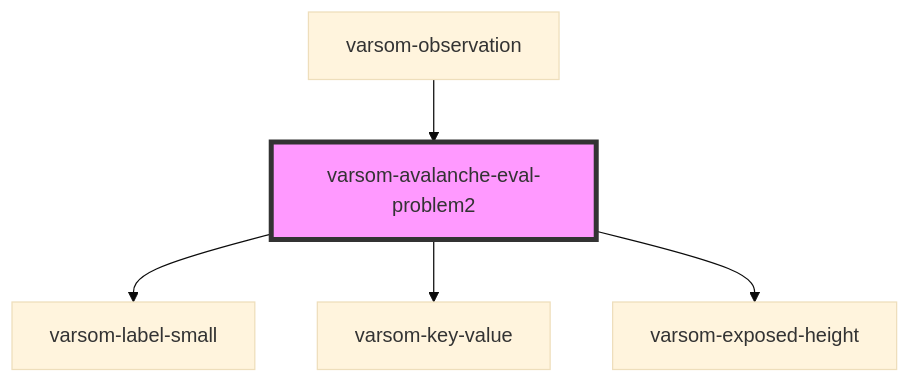
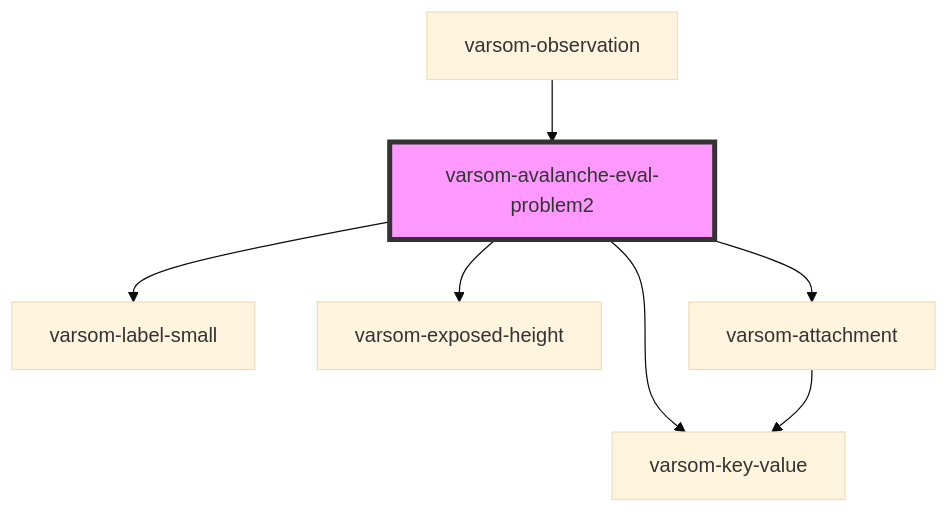
One commit to NVE/varsom-observation changed the diagram in src/components/varsom-avalanche-eval-problem2/readme.md. Above: the diagram before and after it, drawn with Mermaid (base theme). The commit also changed other lines of this file and 46 other files, not shown here.

````diff
--- a/src/components/varsom-avalanche-eval-problem2/readme.md
+++ b/src/components/varsom-avalanche-eval-problem2/readme.md
@@ -58,8 +58,10 @@
 ```mermaid
 graph TD;
   varsom-avalanche-eval-problem2 --> varsom-label-small
   varsom-avalanche-eval-problem2 --> varsom-key-value
   varsom-avalanche-eval-problem2 --> varsom-exposed-height
+  varsom-avalanche-eval-problem2 --> varsom-attachment
+  varsom-attachment --> varsom-key-value
   varsom-observation --> varsom-avalanche-eval-problem2
   style varsom-avalanche-eval-problem2 fill:#f9f,stroke:#333,stroke-width:4px
 ```
````
